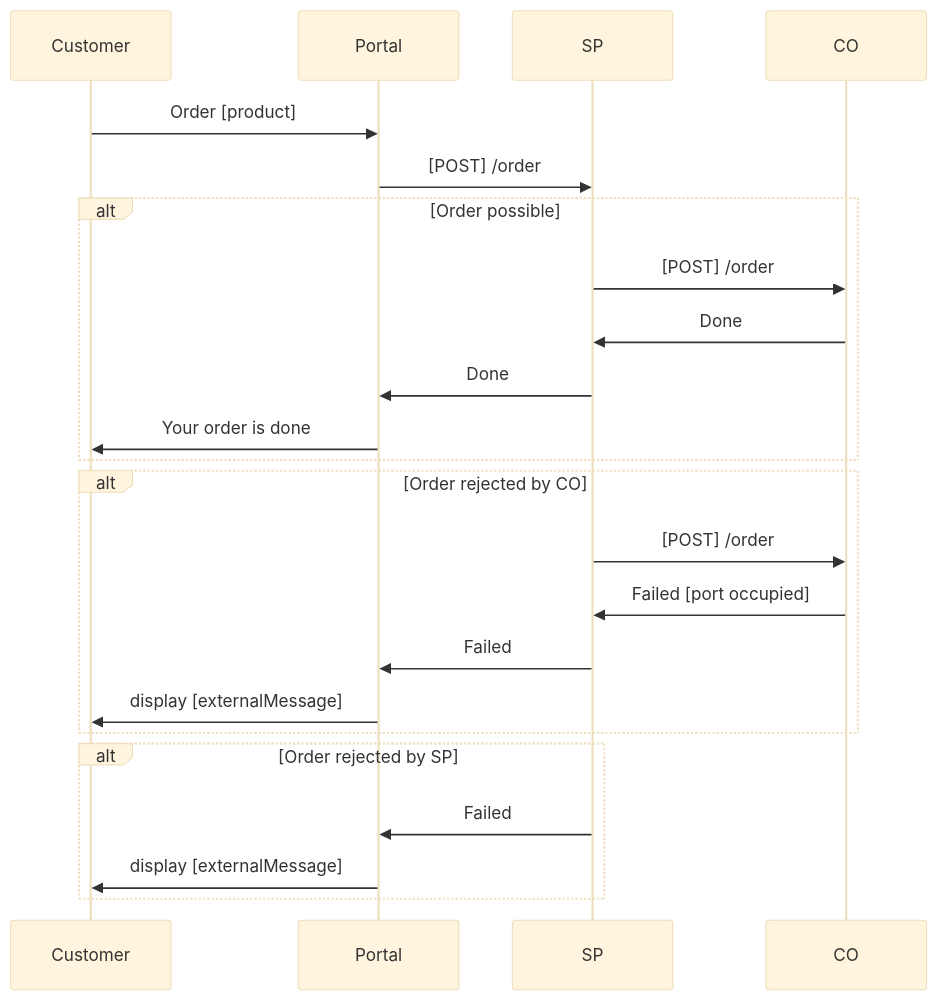
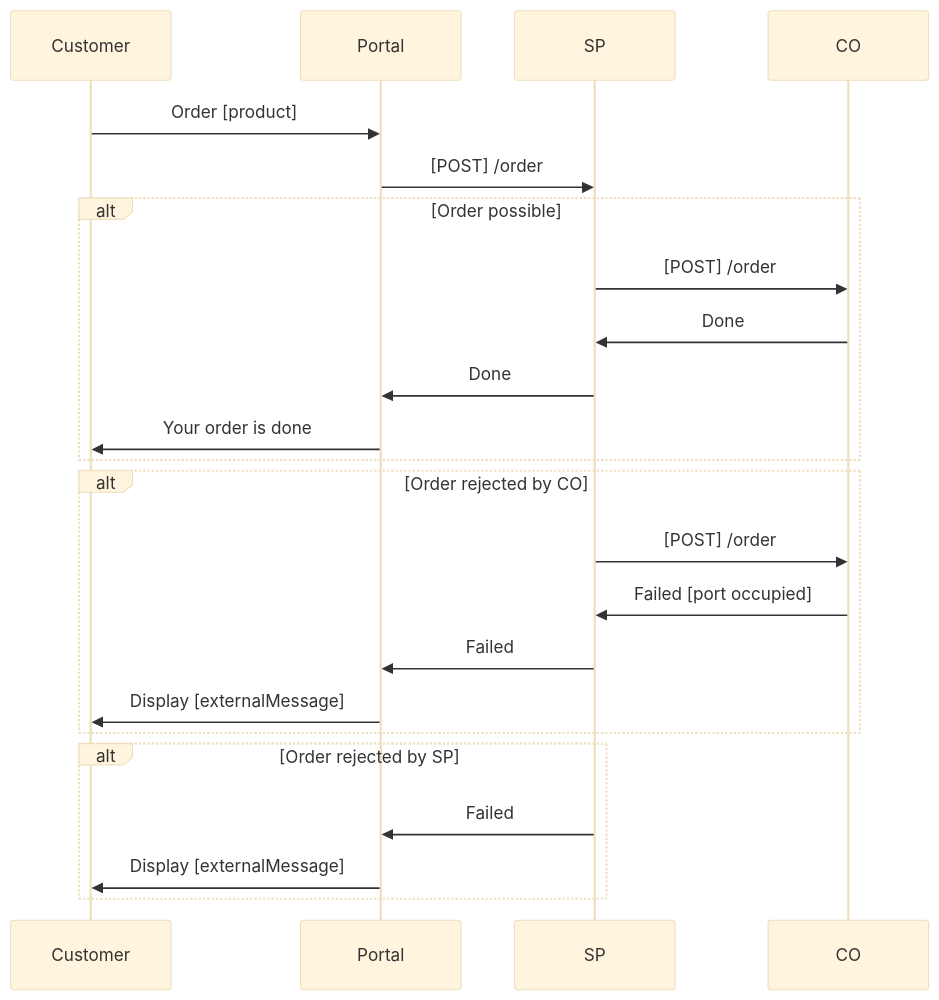
The diagram in 2.5.0/spec_sp/order.md (on-api/on-api), drawn with Mermaid (base theme) before and after one commit.

Commit message:
Update caps

````diff
--- a/2.5.0/spec_sp/order.md
+++ b/2.5.0/spec_sp/order.md
@@ -14,21 +14,21 @@
 ```mermaid
 sequenceDiagram
 Customer->>Portal: Order [product]
 Portal->>SP: [POST] /order
 alt Order possible
 SP->>CO: [POST] /order
 CO->>SP: Done
 SP->>Portal: Done
 Portal->>Customer: Your order is done
 end
 alt Order rejected by CO
 SP->>CO: [POST] /order
 CO->>SP: Failed [port occupied]
 SP->>Portal: Failed
-Portal->>Customer: display [externalMessage]
+Portal->>Customer: Display [externalMessage]
 end
 alt Order rejected by SP
 SP->>Portal: Failed
-Portal->>Customer: display [externalMessage]
+Portal->>Customer: Display [externalMessage]
 end
 ```
````
